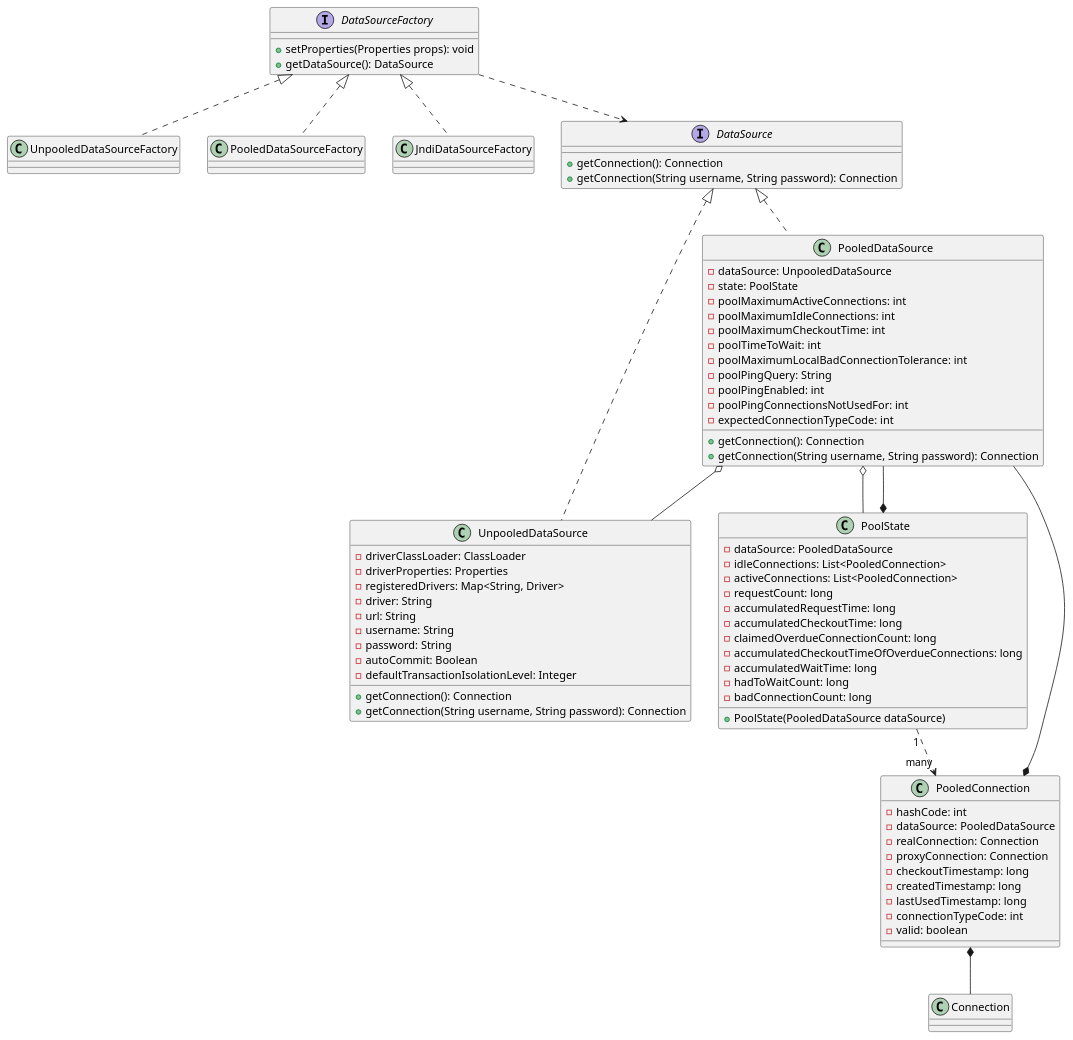
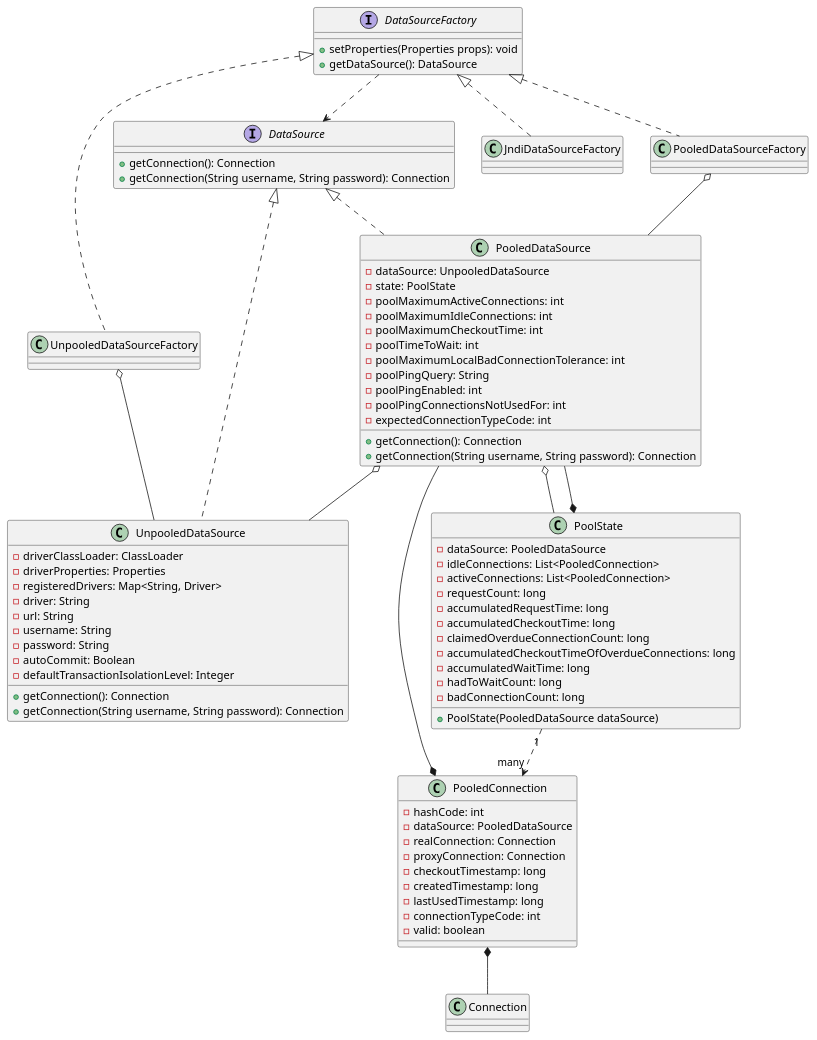
One commit to luobosi-marvel/plant-uml-marvel changed the diagram in MyBatis/类图/DataSource数据源模块.puml. Above: the diagram before and after it, drawn with PlantUML.

Commit message:
数据源类图完善

```diff
--- a/MyBatis/类图/DataSource数据源模块.puml
+++ b/MyBatis/类图/DataSource数据源模块.puml
@@ -1,104 +1,107 @@
 @startuml
 
 
 interface DataSourceFactory {
     + setProperties(Properties props): void
     + getDataSource(): DataSource
 }
 
 class UnpooledDataSourceFactory {
 }
 
 class PooledDataSourceFactory {
 
 }
 
 class JndiDataSourceFactory {
 
 }
 
 DataSourceFactory <|.. UnpooledDataSourceFactory
 DataSourceFactory <|.. PooledDataSourceFactory
 DataSourceFactory <|.. JndiDataSourceFactory
 
+PooledDataSourceFactory o-- PooledDataSource
+UnpooledDataSourceFactory o-- UnpooledDataSource
 
 interface DataSource {
     + getConnection(): Connection
     + getConnection(String username, String password): Connection
 }
 
 class UnpooledDataSource {
     - driverClassLoader: ClassLoader
     - driverProperties: Properties
     - registeredDrivers: Map<String, Driver>
     - driver: String
     - url: String
     - username: String
     - password: String
     - autoCommit: Boolean
     - defaultTransactionIsolationLevel: Integer
 
     + getConnection(): Connection
     + getConnection(String username, String password): Connection
 }
 
 class PooledDataSource {
     - dataSource: UnpooledDataSource
     - state: PoolState
     - poolMaximumActiveConnections: int
     - poolMaximumIdleConnections: int
     - poolMaximumCheckoutTime: int
     - poolTimeToWait: int
     - poolMaximumLocalBadConnectionTolerance: int
     - poolPingQuery: String
     - poolPingEnabled: int
     - poolPingConnectionsNotUsedFor: int
     - expectedConnectionTypeCode: int
 
     + getConnection(): Connection
     + getConnection(String username, String password): Connection
 }
 
 class PoolState {
     - dataSource: PooledDataSource
     - idleConnections: List<PooledConnection>
     - activeConnections: List<PooledConnection>
     - requestCount: long
     - accumulatedRequestTime: long
     - accumulatedCheckoutTime: long
     - claimedOverdueConnectionCount: long
     - accumulatedCheckoutTimeOfOverdueConnections: long
     - accumulatedWaitTime: long
     - hadToWaitCount: long
     - badConnectionCount: long
 
     + PoolState(PooledDataSource dataSource)
 }
 
 class PooledConnection {
     - hashCode: int
     - dataSource: PooledDataSource
     - realConnection: Connection
     - proxyConnection: Connection
     - checkoutTimestamp: long
     - createdTimestamp: long
     - lastUsedTimestamp: long
     - connectionTypeCode: int
     - valid: boolean
 }
 
 
 DataSource <|.. UnpooledDataSource
 DataSource <|.. PooledDataSource
 
 PooledDataSource o-- UnpooledDataSource
 PooledDataSource o-- PoolState
 PoolState *-- PooledDataSource
 
 DataSourceFactory ..> DataSource
+
 PoolState "1" ..> "many" PooledConnection
 
 PooledConnection *-- PooledDataSource
 PooledConnection *-- Connection
 
 @enduml
```
